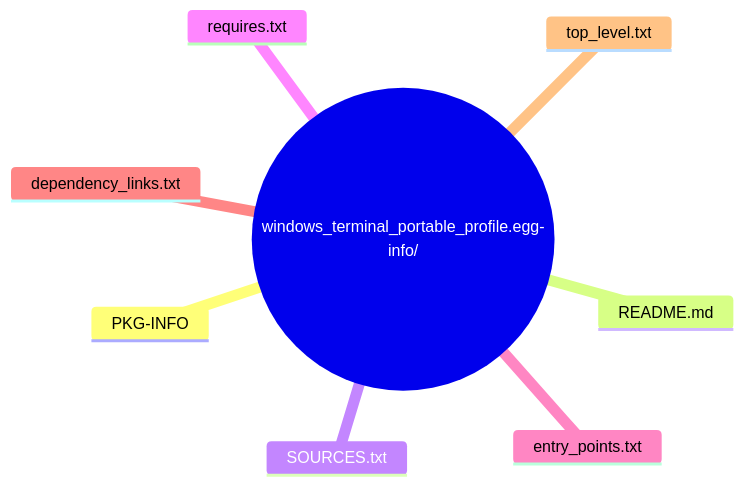
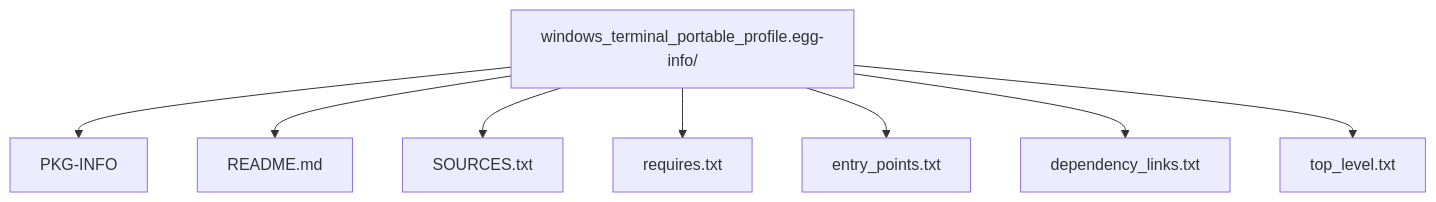
One commit to Runndownn/Omniforge changed diagram 14 of 14 in docs/Inventory/Omniforge-Inventory.md. Above: the diagram before and after it, drawn with Mermaid. The commit also changed other lines of this file and 5 other files, not shown here.

````diff
--- a/docs/Inventory/Omniforge-Inventory.md
+++ b/docs/Inventory/Omniforge-Inventory.md
@@ -391,11 +382,10 @@
 ```mermaid
-mindmap
-    root((windows_terminal_portable_profile.egg-info/))
-        PKG-INFO
-        README.md
-        SOURCES.txt
-        requires.txt
-        entry_points.txt
-        dependency_links.txt
-        top_level.txt
+flowchart TD
+    EGG[windows_terminal_portable_profile.egg-info/] --> EGG_PKG[PKG-INFO]
+    EGG --> EGG_README[README.md]
+    EGG --> EGG_SOURCES[SOURCES.txt]
+    EGG --> EGG_REQ[requires.txt]
+    EGG --> EGG_ENTRY[entry_points.txt]
+    EGG --> EGG_DEPS[dependency_links.txt]
+    EGG --> EGG_TOP[top_level.txt]
 ```
````
